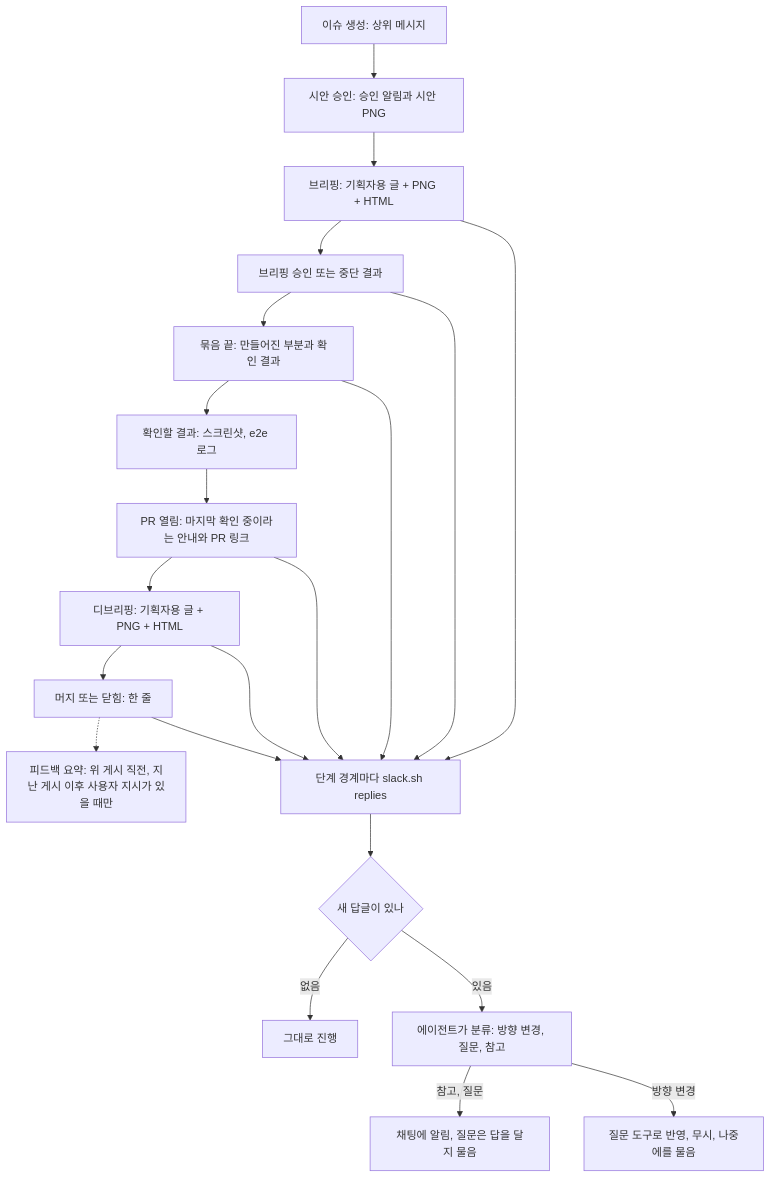
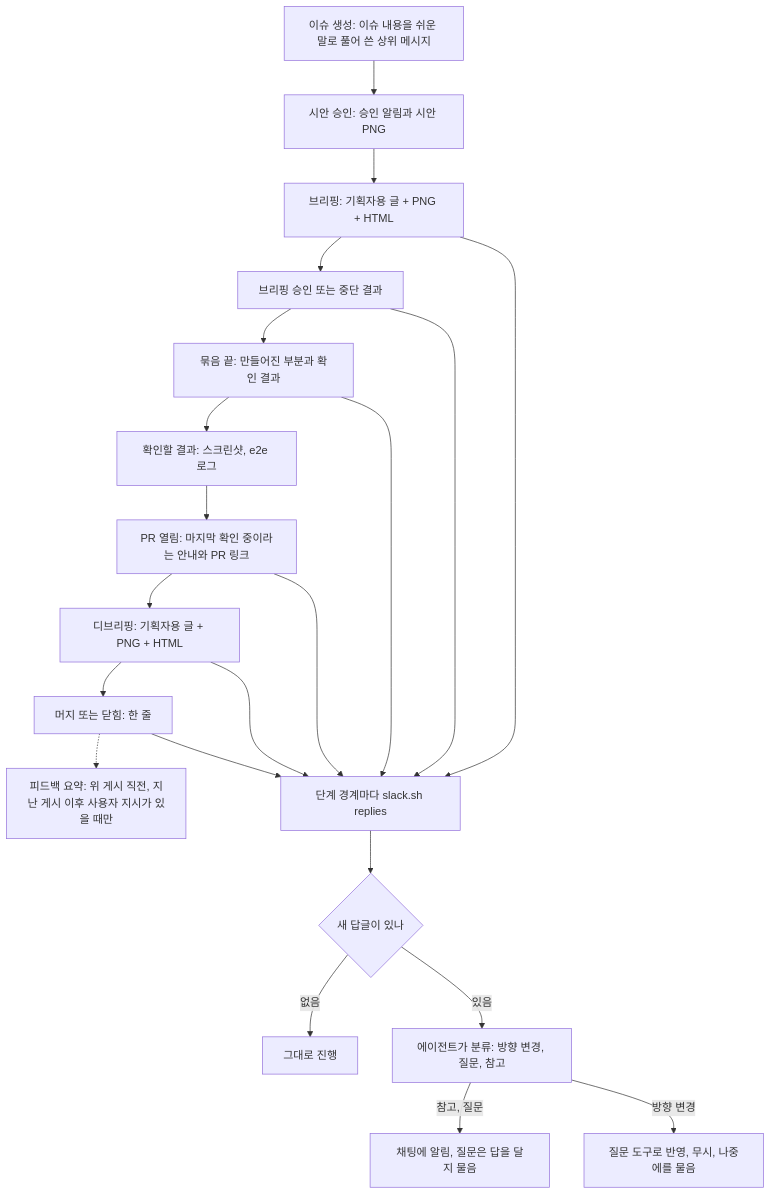
The eighth of 9 diagrams in docs/system/flows.md (dincal/agent_logbook), drawn with Mermaid before and after one commit. The commit also changed other lines of this file and 11 other files, not shown here.

````diff
--- a/docs/system/flows.md
+++ b/docs/system/flows.md
@@ -261,18 +261,18 @@
 ```mermaid
 flowchart TD
-  I["이슈 생성: 상위 메시지"] --> D["시안 승인: 승인 알림과 시안 PNG"]
+  I["이슈 생성: 이슈 내용을 쉬운 말로 풀어 쓴 상위 메시지"] --> D["시안 승인: 승인 알림과 시안 PNG"]
   D --> B["브리핑: 기획자용 글 + PNG + HTML"]
   B --> AP["브리핑 승인 또는 중단 결과"]
   AP --> W["묶음 끝: 만들어진 부분과 확인 결과"]
   W --> CK["확인할 결과: 스크린샷, e2e 로그"]
   CK --> PR["PR 열림: 마지막 확인 중이라는 안내와 PR 링크"]
   PR --> DB["디브리핑: 기획자용 글 + PNG + HTML"]
   DB --> CL["머지 또는 닫힘: 한 줄"]
   CL -.-> F["피드백 요약: 위 게시 직전, 지난 게시 이후 사용자 지시가 있을 때만"]
   B & AP & W & PR & DB & CL --> R["단계 경계마다 slack.sh replies"]
   R --> N{"새 답글이 있나"}
   N -->|"없음"| G["그대로 진행"]
   N -->|"있음"| C["에이전트가 분류: 방향 변경, 질문, 참고"]
   C -->|"참고, 질문"| T["채팅에 알림, 질문은 답을 달지 물음"]
   C -->|"방향 변경"| Q["질문 도구로 반영, 무시, 나중에를 물음"]
 ```
````
